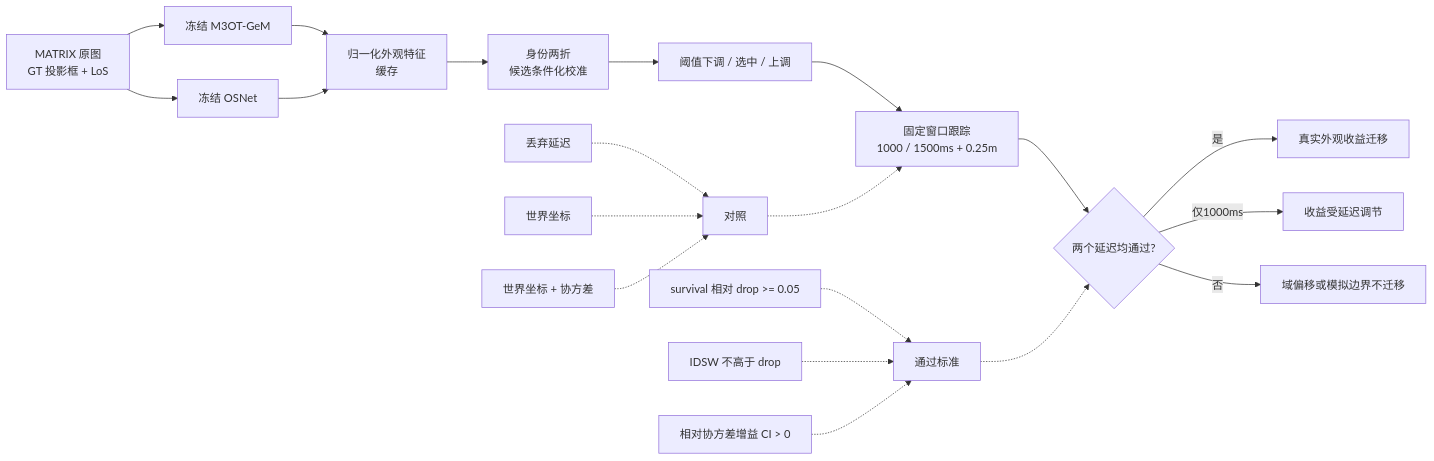
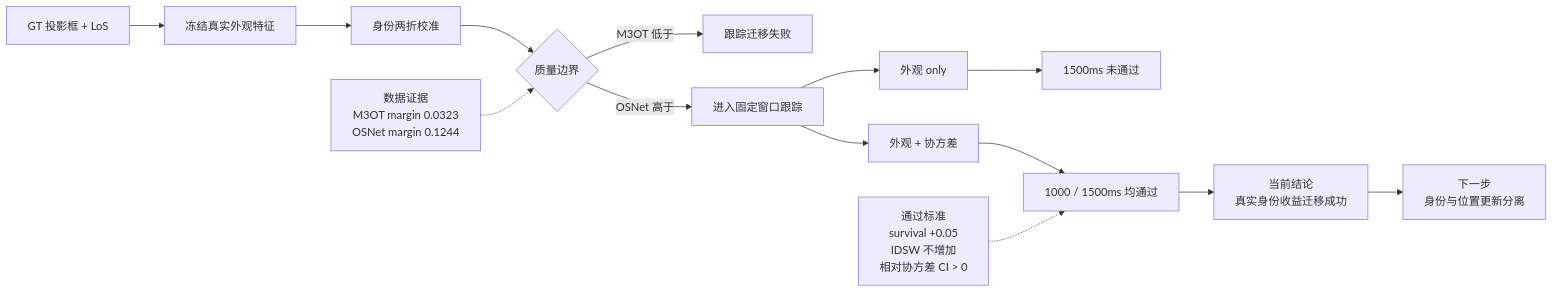
The diagram in mermaid/exp_20260731_002_matrix_real_embedding_quality_transfer/real_embedding_transfer_flow.mmd (Judecoodingspace/matrix_async_comm_tracking), drawn with Mermaid before and after one commit. The commit also changed 7 other files, not shown here.

```diff
--- a/mermaid/exp_20260731_002_matrix_real_embedding_quality_transfer/real_embedding_transfer_flow.mmd
+++ b/mermaid/exp_20260731_002_matrix_real_embedding_quality_transfer/real_embedding_transfer_flow.mmd
@@ -1,22 +1,15 @@
 flowchart LR
-    A["MATRIX 原图<br>GT 投影框 + LoS"] --> B1["冻结 M3OT-GeM"]
-    A --> B2["冻结 OSNet"]
-    B1 --> C["归一化外观特征<br>缓存"]
-    B2 --> C
-    C --> D["身份两折<br>候选条件化校准"]
-    D --> E["阈值下调 / 选中 / 上调"]
-    E --> F["固定窗口跟踪<br>1000 / 1500ms + 0.25m"]
-    F --> G{"两个延迟均通过?"}
-    G -->|是| H["真实外观收益迁移"]
-    G -->|仅1000ms| I["收益受延迟调节"]
-    G -->|否| J["域偏移或模拟边界不迁移"]
+    A["GT 投影框 + LoS"] --> B["冻结真实外观特征"]
+    B --> C["身份两折校准"]
+    C --> D{"质量边界"}
+    D -->|M3OT 低于| E["跟踪迁移失败"]
+    D -->|OSNet 高于| F["进入固定窗口跟踪"]
+    F --> G["外观 only"]
+    F --> H["外观 + 协方差"]
+    G --> I["1500ms 未通过"]
+    H --> J["1000 / 1500ms 均通过"]
+    J --> K["当前结论<br>真实身份收益迁移成功"]
+    K --> L["下一步<br>身份与位置更新分离"]
 
-    K["对照"] -.-> F
-    K1["丢弃延迟"] -.-> K
-    K2["世界坐标"] -.-> K
-    K3["世界坐标 + 协方差"] -.-> K
-
-    L["通过标准"] -.-> G
-    L1["survival 相对 drop >= 0.05"] -.-> L
-    L2["IDSW 不高于 drop"] -.-> L
-    L3["相对协方差增益 CI > 0"] -.-> L
+    M["数据证据<br>M3OT margin 0.0323<br>OSNet margin 0.1244"] -.-> D
+    N["通过标准<br>survival +0.05<br>IDSW 不增加<br>相对协方差 CI > 0"] -.-> J
```
